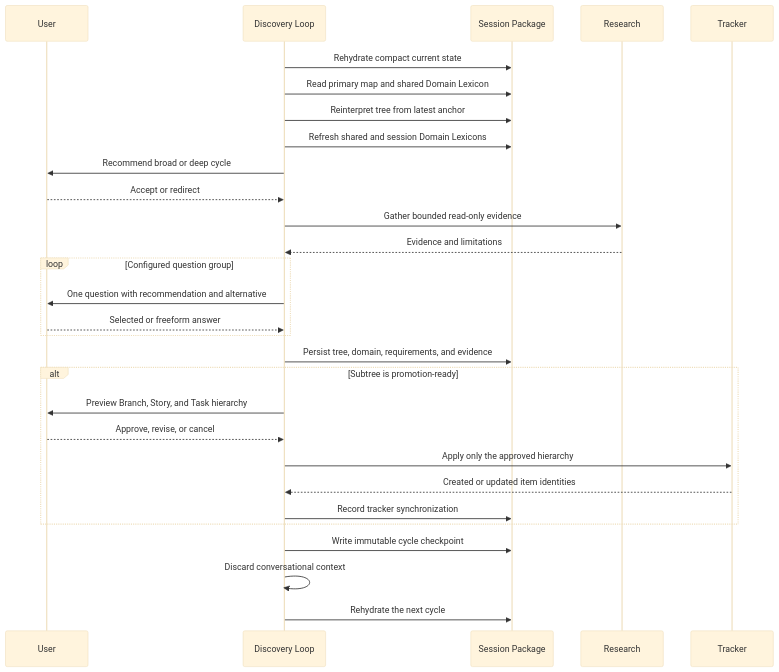
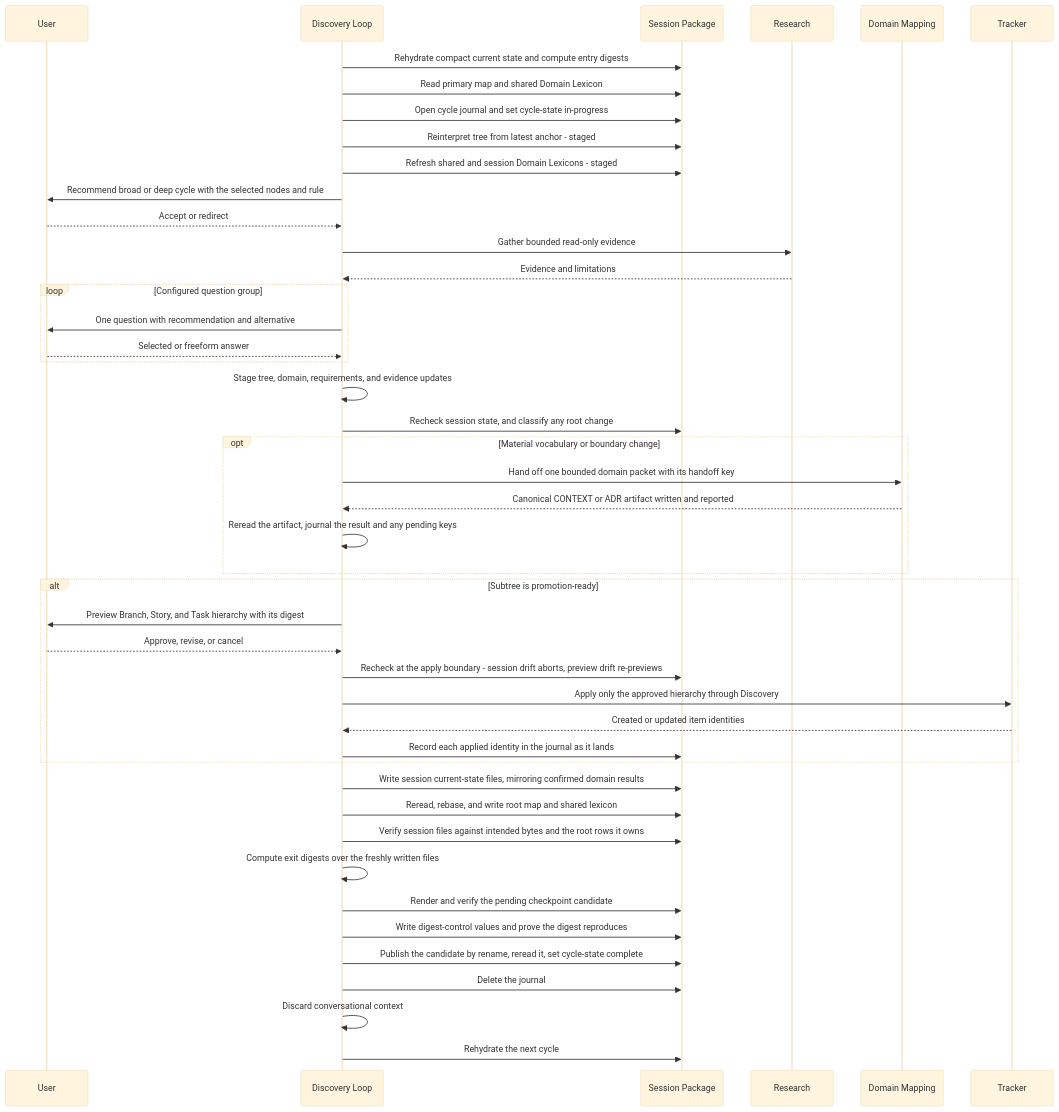
Before and after one commit to jdylanmc/skills: diagram 11 of 11 in skills/discovery-loop/README.md, drawn with Mermaid (base theme). The commit also changed other lines of this file and 16 other files, not shown here.

````diff
--- a/skills/discovery-loop/README.md
+++ b/skills/discovery-loop/README.md
@@ -460,32 +759,48 @@
 ```mermaid
 sequenceDiagram
     participant U as User
     participant L as Discovery Loop
     participant S as Session Package
     participant R as Research
+    participant D as Domain Mapping
     participant T as Tracker
 
-    L->>S: Rehydrate compact current state
+    L->>S: Rehydrate compact current state and compute entry digests
     L->>S: Read primary map and shared Domain Lexicon
-    L->>S: Reinterpret tree from latest anchor
-    L->>S: Refresh shared and session Domain Lexicons
-    L->>U: Recommend broad or deep cycle
+    L->>S: Open cycle journal and set cycle-state in-progress
+    L->>S: Reinterpret tree from latest anchor - staged
+    L->>S: Refresh shared and session Domain Lexicons - staged
+    L->>U: Recommend broad or deep cycle with the selected nodes and rule
     U-->>L: Accept or redirect
     L->>R: Gather bounded read-only evidence
     R-->>L: Evidence and limitations
     loop Configured question group
         L->>U: One question with recommendation and alternative
         U-->>L: Selected or freeform answer
     end
-    L->>S: Persist tree, domain, requirements, and evidence
+    L->>L: Stage tree, domain, requirements, and evidence updates
+    L->>S: Recheck session state, and classify any root change
+    opt Material vocabulary or boundary change
+        L->>D: Hand off one bounded domain packet with its handoff key
+        D-->>L: Canonical CONTEXT or ADR artifact written and reported
+        L->>L: Reread the artifact, journal the result and any pending keys
+    end
     alt Subtree is promotion-ready
-        L->>U: Preview Branch, Story, and Task hierarchy
+        L->>U: Preview Branch, Story, and Task hierarchy with its digest
         U-->>L: Approve, revise, or cancel
-        L->>T: Apply only the approved hierarchy
+        L->>S: Recheck at the apply boundary - session drift aborts, preview drift re-previews
+        L->>T: Apply only the approved hierarchy through Discovery
         T-->>L: Created or updated item identities
-        L->>S: Record tracker synchronization
+        L->>S: Record each applied identity in the journal as it lands
     end
-    L->>S: Write immutable cycle checkpoint
+    L->>S: Write session current-state files, mirroring confirmed domain results
+    L->>S: Reread, rebase, and write root map and shared lexicon
+    L->>S: Verify session files against intended bytes and the root rows it owns
+    L->>L: Compute exit digests over the freshly written files
+    L->>S: Render and verify the pending checkpoint candidate
+    L->>S: Write digest-control values and prove the digest reproduces
+    L->>S: Publish the candidate by rename, reread it, set cycle-state complete
+    L->>S: Delete the journal
     L->>L: Discard conversational context
     L->>S: Rehydrate the next cycle
 ```
````
